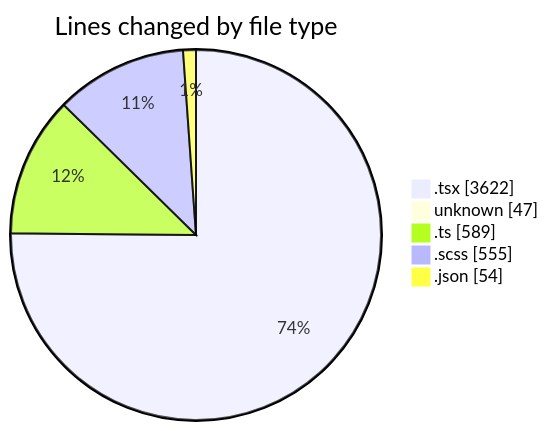
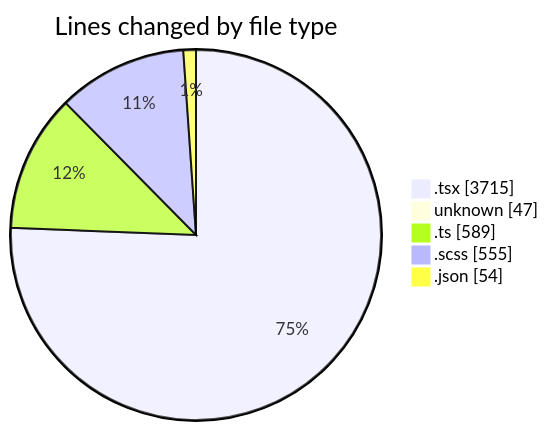
One commit to momahboobian/code-tracking changed the first of 2 diagrams in 2025-09-18/cda/README.md. Above: the diagram before and after it, drawn with Mermaid. The commit also changed other lines of this file and 1 other file, not shown here.

````diff
--- a/2025-09-18/cda/README.md
+++ b/2025-09-18/cda/README.md
@@ -29,9 +29,9 @@
 ```mermaid
 pie showData
 title Lines changed by file type
-".tsx" : 3622
+".tsx" : 3715
 "unknown" : 47
 ".ts" : 589
 ".scss" : 555
 ".json" : 54
 ```
````
